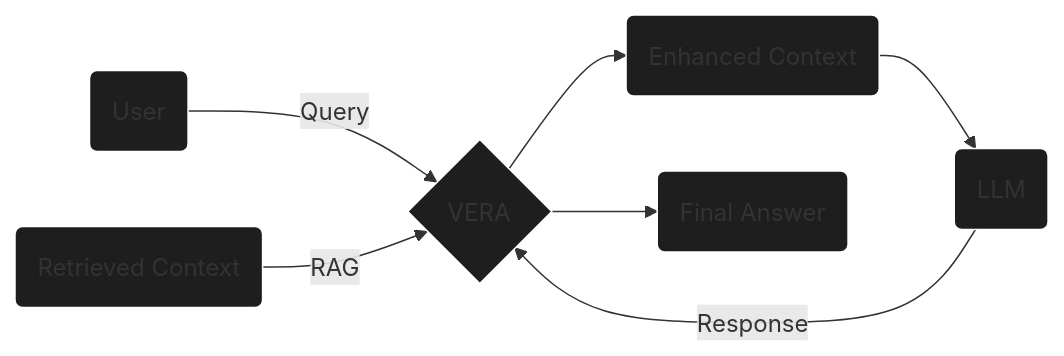
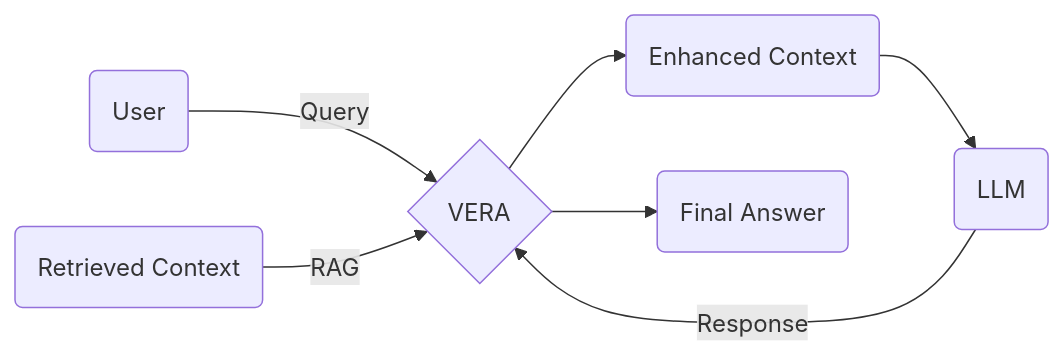
Before and after one commit to lpverneck/notes: the diagram in content/Machine Learning/vera-validation-enhancement-rag.md, drawn with Mermaid.

Commit message:
Edit note md diagram tag

````diff
--- a/content/Machine Learning/vera-validation-enhancement-rag.md
+++ b/content/Machine Learning/vera-validation-enhancement-rag.md
@@ -20,11 +20,10 @@
 ```mermaid
+
 flowchart LR
 A(User) -->|Query| B{VERA}
 E(Retrieved Context) -->|RAG| B{VERA}
 B{VERA} --> F(Enhanced Context)
 F(Enhanced Context) --> G(LLM)
 G(LLM) --> |Response| B{VERA}
 B{VERA} --> C(Final Answer)
-
-classDef default fill:#1E1E1E,stroke:#FFFFFF;
 ```
````
